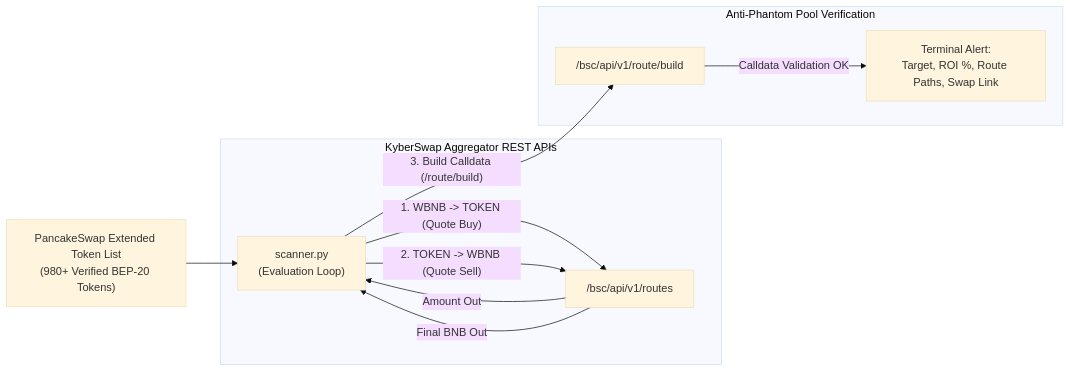
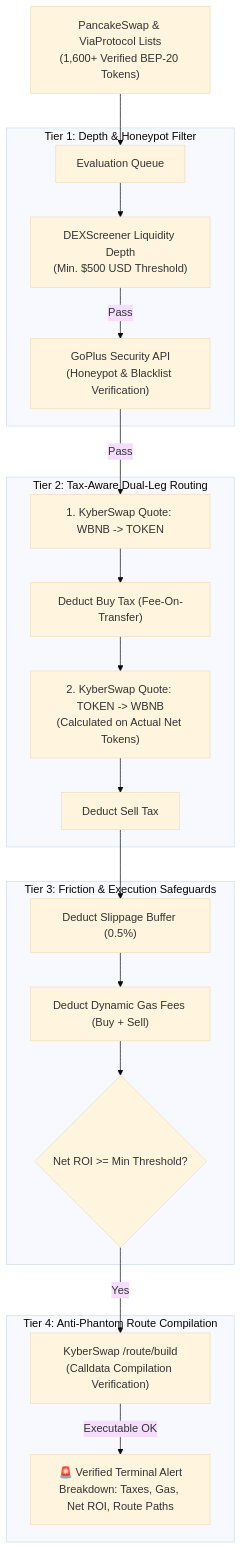
The diagram in README.md (Lukecele/bsc-arbitrage-scanner), drawn with Mermaid (base theme) before and after one commit. The commit also changed other lines of this file and 1 other file, not shown here.

Commit message:
feat: upgrade scanner with token tax detection, pool depth filtering & execution slippage modeling

````diff
--- a/README.md
+++ b/README.md
@@ -15,16 +22,27 @@
 ```mermaid
-flowchart LR
-    TokenList["PancakeSwap Extended Token List\n(980+ Verified BEP-20 Tokens)"] --> Scanner["scanner.py\n(Evaluation Loop)"]
+flowchart TD
+    TokenList["PancakeSwap & ViaProtocol Lists\n(1,600+ Verified BEP-20 Tokens)"] --> Queue["Evaluation Queue"]
     
-    subgraph Engine ["KyberSwap Aggregator REST APIs"]
-        Scanner -- "1. WBNB -> TOKEN (Quote Buy)" --> RouteAPI["/bsc/api/v1/routes"]
-        RouteAPI -- "Amount Out" --> Scanner
-        Scanner -- "2. TOKEN -> WBNB (Quote Sell)" --> RouteAPI
-        RouteAPI -- "Final BNB Out" --> Scanner
+    subgraph Tier1 ["Tier 1: Depth & Honeypot Filter"]
+        Queue --> LiqCheck["DEXScreener Liquidity Depth\n(Min. $500 USD Threshold)"]
+        LiqCheck -- "Pass" --> SecCheck["GoPlus Security API\n(Honeypot & Blacklist Verification)"]
+    end
+    
+    subgraph Tier2 ["Tier 2: Tax-Aware Dual-Leg Routing"]
+        SecCheck -- "Pass" --> BuyQuote["1. KyberSwap Quote: WBNB -> TOKEN"]
+        BuyQuote --> TaxDeduct1["Deduct Buy Tax (Fee-On-Transfer)"]
+        TaxDeduct1 --> SellQuote["2. KyberSwap Quote: TOKEN -> WBNB\n(Calculated on Actual Net Tokens)"]
+        SellQuote --> TaxDeduct2["Deduct Sell Tax"]
+    end
+    
+    subgraph Tier3 ["Tier 3: Friction & Execution Safeguards"]
+        TaxDeduct2 --> SlipBuffer["Deduct Slippage Buffer (0.5%)"]
+        SlipBuffer --> GasDeduct["Deduct Dynamic Gas Fees (Buy + Sell)"]
+        GasDeduct --> ProfitEval{"Net ROI >= Min Threshold?"}
     end
 
-    subgraph Verification ["Anti-Phantom Pool Verification"]
-        Scanner -- "3. Build Calldata (/route/build)" --> BuildAPI["/bsc/api/v1/route/build"]
-        BuildAPI -- "Calldata Validation OK" --> Alert["Terminal Alert:\nTarget, ROI %, Route Paths, Swap Link"]
+    subgraph Tier4 ["Tier 4: Anti-Phantom Route Compilation"]
+        ProfitEval -- "Yes" --> CalldataBuild["KyberSwap /route/build\n(Calldata Compilation Verification)"]
+        CalldataBuild -- "Executable OK" --> Alert["🚨 Verified Terminal Alert\nBreakdown: Taxes, Gas, Net ROI, Route Paths"]
     end
 ```
````
